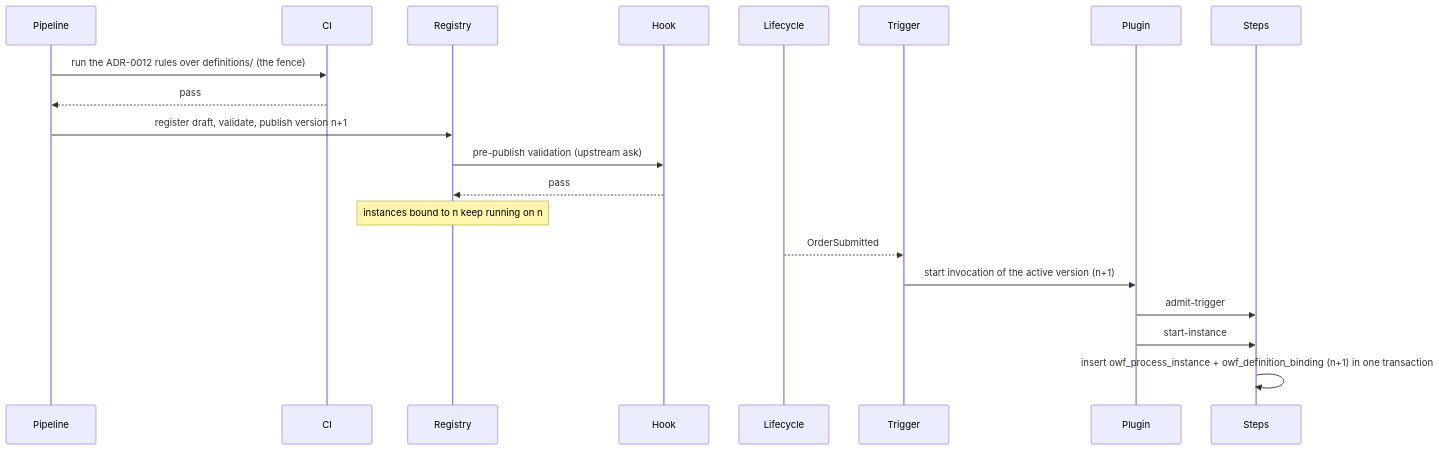
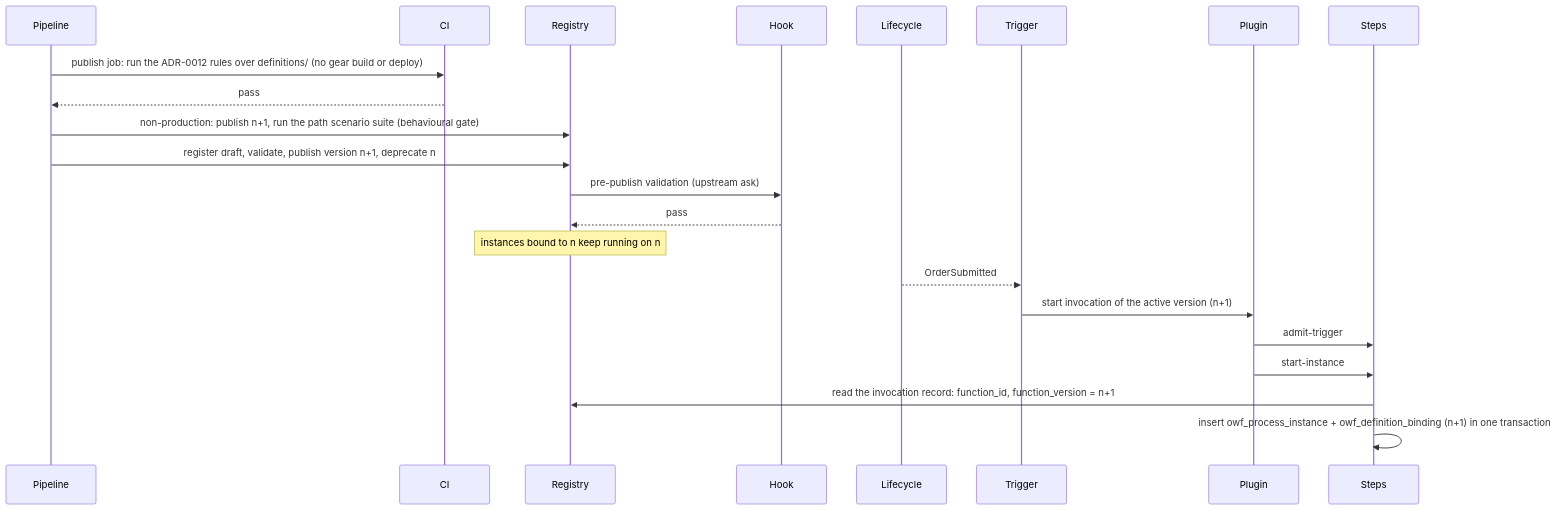
Before and after one commit to constructorfabric/gears-rust: the seventh of 7 diagrams in gears/bss/orders-workflow/docs/DESIGN.md, drawn with Mermaid. The commit also changed other lines of this file and 14 other files, not shown here.

````diff
--- a/gears/bss/orders-workflow/docs/DESIGN.md
+++ b/gears/bss/orders-workflow/docs/DESIGN.md
@@ -943,14 +945,16 @@
 ```mermaid
 sequenceDiagram
-    Pipeline ->> CI: run the ADR-0012 rules over definitions/ (the fence)
+    Pipeline ->> CI: publish job: run the ADR-0012 rules over definitions/ (no gear build or deploy)
     CI -->> Pipeline: pass
-    Pipeline ->> Registry: register draft, validate, publish version n+1
+    Pipeline ->> Registry: non-production: publish n+1, run the path scenario suite (behavioural gate)
+    Pipeline ->> Registry: register draft, validate, publish version n+1, deprecate n
     Registry ->> Hook: pre-publish validation (upstream ask)
     Hook -->> Registry: pass
     Note over Registry: instances bound to n keep running on n
     Lifecycle -->> Trigger: OrderSubmitted
     Trigger ->> Plugin: start invocation of the active version (n+1)
     Plugin ->> Steps: admit-trigger
     Plugin ->> Steps: start-instance
+    Steps ->> Registry: read the invocation record: function_id, function_version = n+1
     Steps ->> Steps: insert owf_process_instance + owf_definition_binding (n+1) in one transaction
 ```
````
